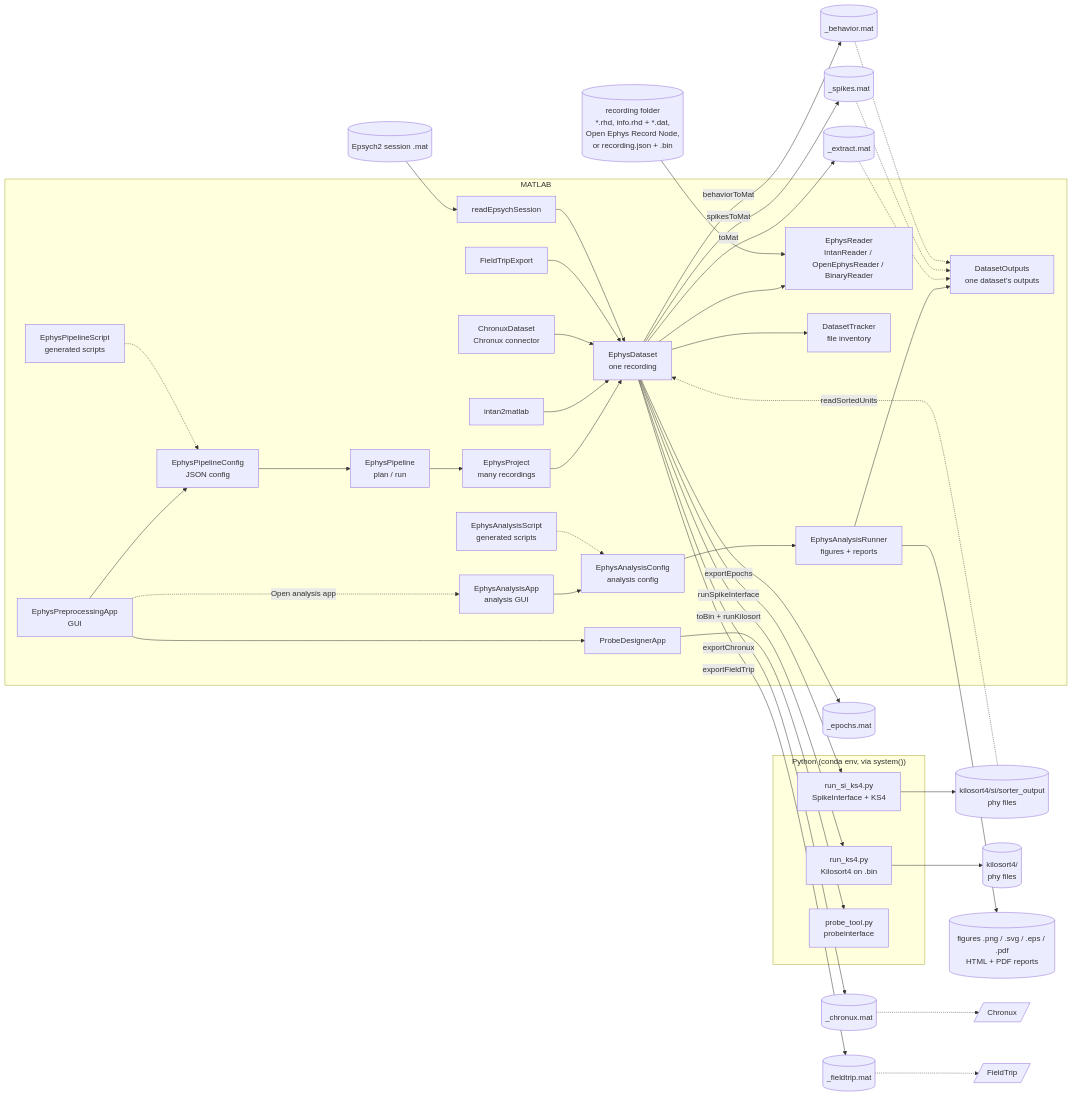
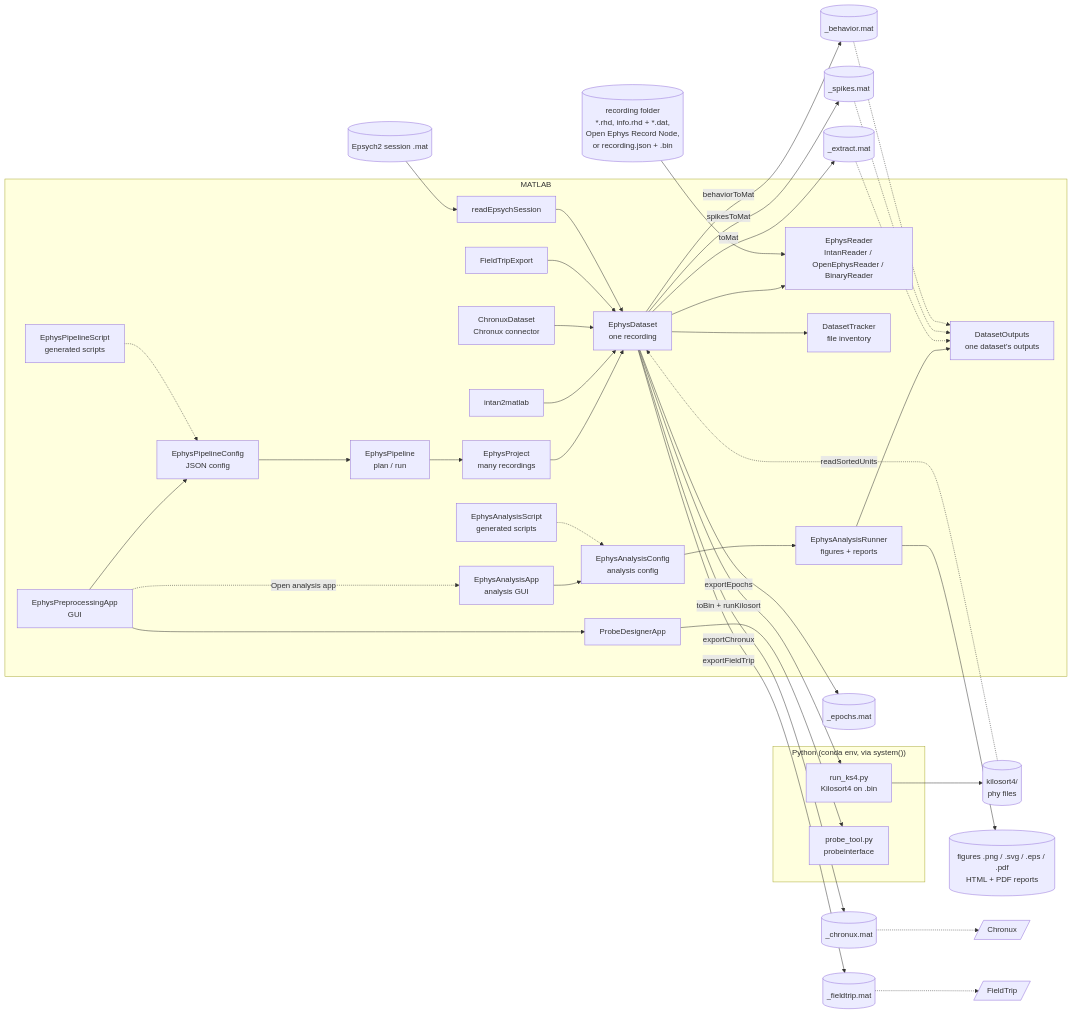
Before and after one commit to dstolz/ephys_analysis: the diagram in documentation/README.md, drawn with Mermaid. The commit also changed other lines of this file and 68 other files, not shown here.

First line of the commit message:
Remove SpikeInterface sorting engine, sort natively with Kilosort4 only

````diff
--- a/documentation/README.md
+++ b/documentation/README.md
@@ -52,47 +51,44 @@
 ```mermaid
 flowchart LR
     subgraph MATLAB
         APP[EphysPreprocessingApp<br/>GUI] --> CFG[EphysPipelineConfig<br/>JSON config]
         CFG --> PIPE[EphysPipeline<br/>plan / run]
         SCR[EphysPipelineScript<br/>generated scripts] -.-> CFG
         APP --> PDA[ProbeDesignerApp]
         PIPE --> PRJ[EphysProject<br/>many recordings]
         PRJ --> DS[EphysDataset<br/>one recording]
         DS --> RD[EphysReader<br/>IntanReader / OpenEphysReader / BinaryReader]
         DS --> DT[DatasetTracker<br/>file inventory]
         I2M[intan2matlab] --> DS
         CX[ChronuxDataset<br/>Chronux connector] --> DS
         FT[FieldTripExport] --> DS
         EP[readEpsychSession] --> DS
         ANA[EphysAnalysisApp<br/>analysis GUI] --> ACFG[EphysAnalysisConfig<br/>analysis config]
         ACFG --> ARUN[EphysAnalysisRunner<br/>figures + reports]
         ASCR[EphysAnalysisScript<br/>generated scripts] -.-> ACFG
         ARUN --> DOUT[DatasetOutputs<br/>one dataset's outputs]
         APP -. Open analysis app .-> ANA
     end
     subgraph Python["Python (conda env, via system())"]
-        SI[run_si_ks4.py<br/>SpikeInterface + KS4]
         KS[run_ks4.py<br/>Kilosort4 on .bin]
         PT[probe_tool.py<br/>probeinterface]
     end
     RAW[(recording folder<br/>*.rhd, info.rhd + *.dat,<br/>Open Ephys Record Node,<br/>or recording.json + .bin)] --> RD
     BEH[(Epsych2 session .mat)] --> EP
-    DS -- runSpikeInterface --> SI
     DS -- toBin + runKilosort --> KS
     PDA --> PT
-    SI --> OUT[(kilosort4/si/sorter_output<br/>phy files)]
-    KS --> OUT2[(kilosort4/<br/>phy files)]
+    KS --> OUT[(kilosort4/<br/>phy files)]
     OUT -. readSortedUnits .-> DS
     DS -- toMat --> MAT[(_extract.mat)]
     DS -- spikesToMat --> SPK[(_spikes.mat)]
     DS -- behaviorToMat --> BMAT[(_behavior.mat)]
     DS -- exportChronux --> CHX[(_chronux.mat)]
     DS -- exportFieldTrip --> FTX[(_fieldtrip.mat)]
     DS -- exportEpochs --> EPO[(_epochs.mat)]
     MAT -.-> DOUT
     SPK -.-> DOUT
     BMAT -.-> DOUT
     ARUN --> FIGS[(figures .png / .svg / .eps / .pdf<br/>HTML + PDF reports)]
     CHX -.-> CHRONUX[/Chronux/]
     FTX -.-> FIELDTRIP[/FieldTrip/]
 ```
````
